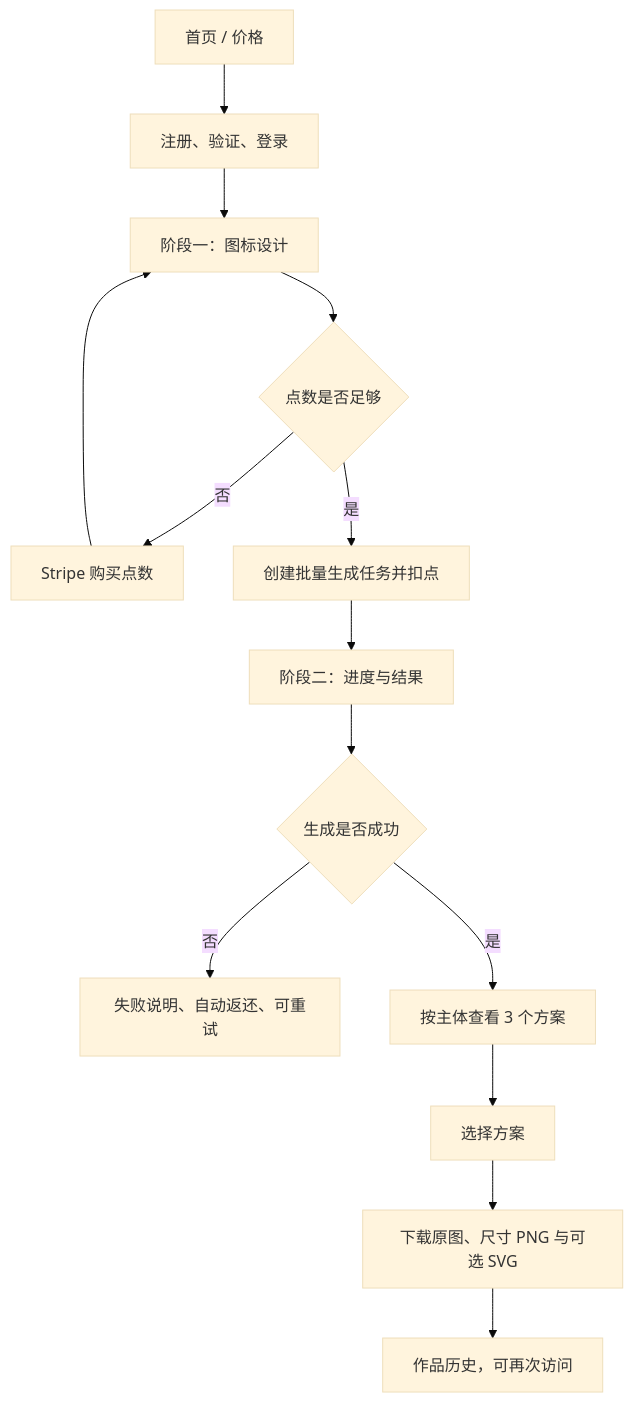
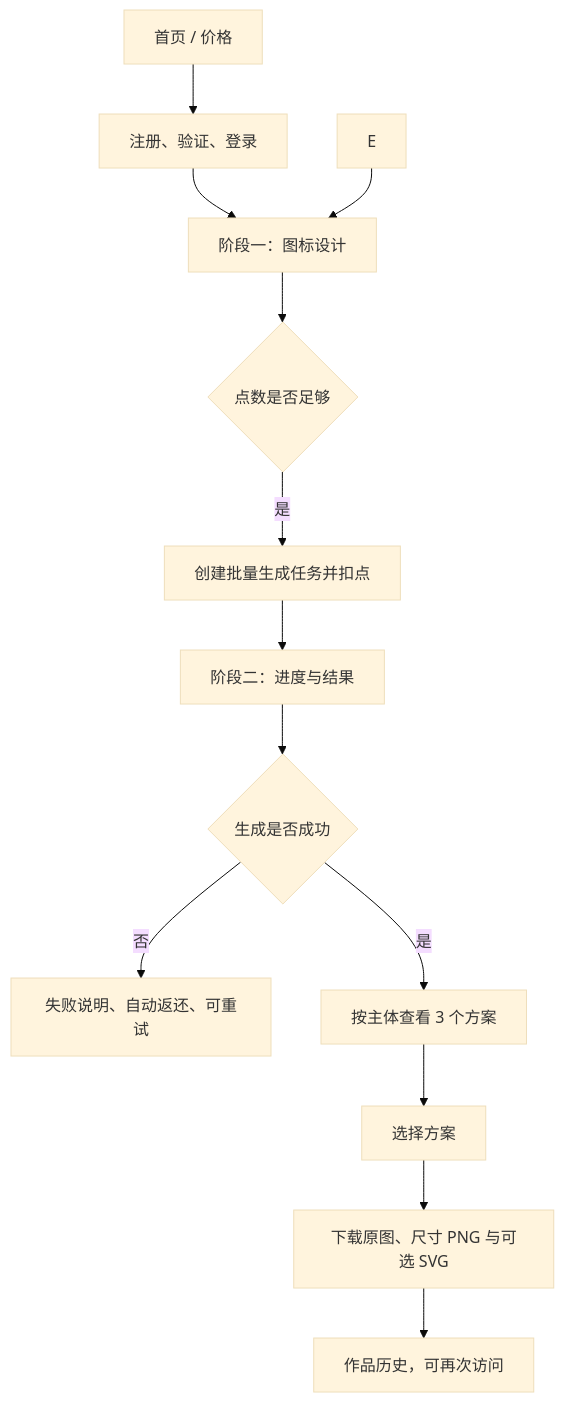
One commit to Caserla/icongen changed the diagram in docs/product/product-requirements.md. Above: the diagram before and after it, drawn with Mermaid (base theme). The commit also changed other lines of this file and 165 other files, not shown here.

````diff
--- a/docs/product/product-requirements.md
+++ b/docs/product/product-requirements.md
@@ -82,16 +79,15 @@
 ```mermaid
 flowchart TD
   A["首页 / 价格"] --> B["注册、验证、登录"]
   B --> C["阶段一：图标设计"]
   C --> D{"点数是否足够"}
-  D -- 否 --> E["Stripe 购买点数"]
   E --> C
   D -- 是 --> F["创建批量生成任务并扣点"]
   F --> G["阶段二：进度与结果"]
   G --> H{"生成是否成功"}
   H -- 否 --> I["失败说明、自动返还、可重试"]
   H -- 是 --> J["按主体查看 3 个方案"]
   J --> K["选择方案"]
   K --> L["下载原图、尺寸 PNG 与可选 SVG"]
   L --> M["作品历史，可再次访问"]
 ```
````
